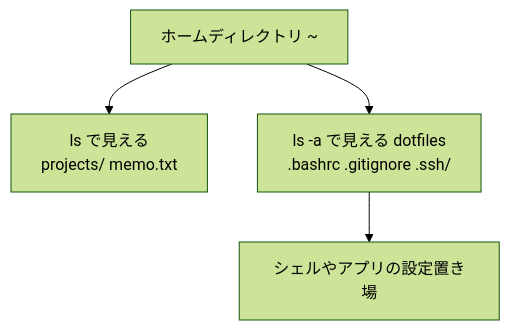
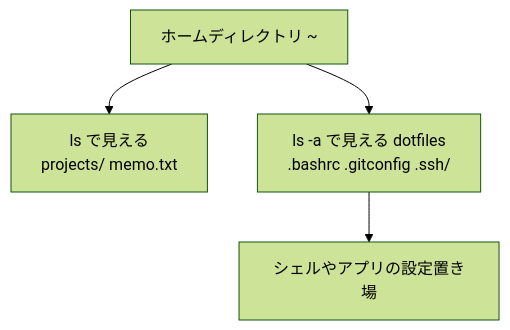
The diagram in textbooks/linux-cli/curriculums/core/chapters/01/sections/04-dotfiles.md (RikiFukushima/textbook-gen), drawn with Mermaid (forest theme) before and after one commit. The commit also changed other lines of this file and 299 other files, not shown here.

````diff
--- a/textbooks/linux-cli/curriculums/core/chapters/01/sections/04-dotfiles.md
+++ b/textbooks/linux-cli/curriculums/core/chapters/01/sections/04-dotfiles.md
@@ -54,6 +54,6 @@
 ```mermaid
 graph TD
     H["ホームディレクトリ ~"] --> V["ls で見える<br>projects/ memo.txt"]
-    H --> D["ls -a で見える dotfiles<br>.bashrc .gitignore .ssh/"]
+    H --> D["ls -a で見える dotfiles<br>.bashrc .gitconfig .ssh/"]
     D --> P[シェルやアプリの設定置き場]
 ```
````
